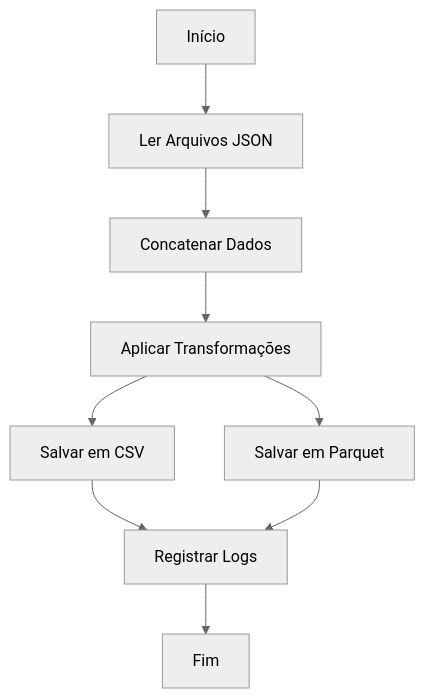
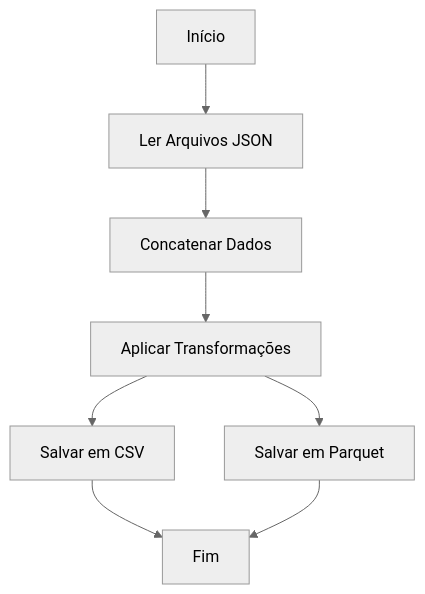
One commit to BrunoChiconato/bootcamp-python changed the diagram in dia08/README.md. Above: the diagram before and after it, drawn with Mermaid (neutral theme). The commit also changed other lines of this file, not shown here.

````diff
--- a/dia08/README.md
+++ b/dia08/README.md
@@ -44,11 +43,10 @@
 ```mermaid
 graph TD;
     A[Início] --> B[Ler Arquivos JSON];
     B --> C[Concatenar Dados];
     C --> D[Aplicar Transformações];
     D --> E[Salvar em CSV];
     D --> F[Salvar em Parquet];
-    E --> G[Registrar Logs];
-    F --> G[Registrar Logs];
-    G --> H[Fim];
+    E --> G[Fim];
+    F --> G[Fim];
 ```
````
